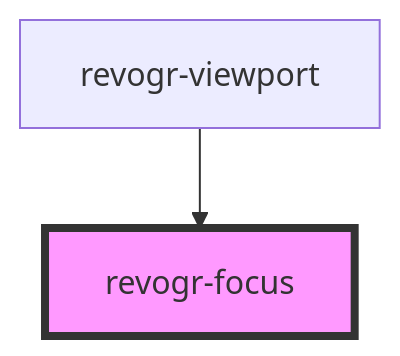
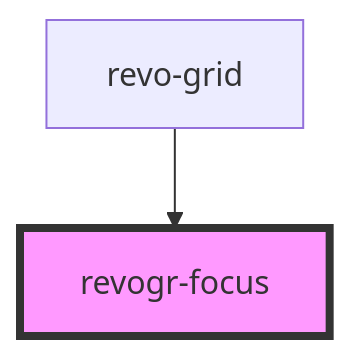
One commit to revolist/revogrid changed the diagram in src/components/selection-focus/readme.md. Above: the diagram before and after it, drawn with Mermaid. The commit also changed other lines of this file and 41 other files, not shown here.

````diff
--- a/src/components/selection-focus/readme.md
+++ b/src/components/selection-focus/readme.md
@@ -22,5 +22,5 @@
 ```mermaid
 graph TD;
-  revogr-viewport --> revogr-focus
+  revo-grid --> revogr-focus
   style revogr-focus fill:#f9f,stroke:#333,stroke-width:4px
 ```
````
